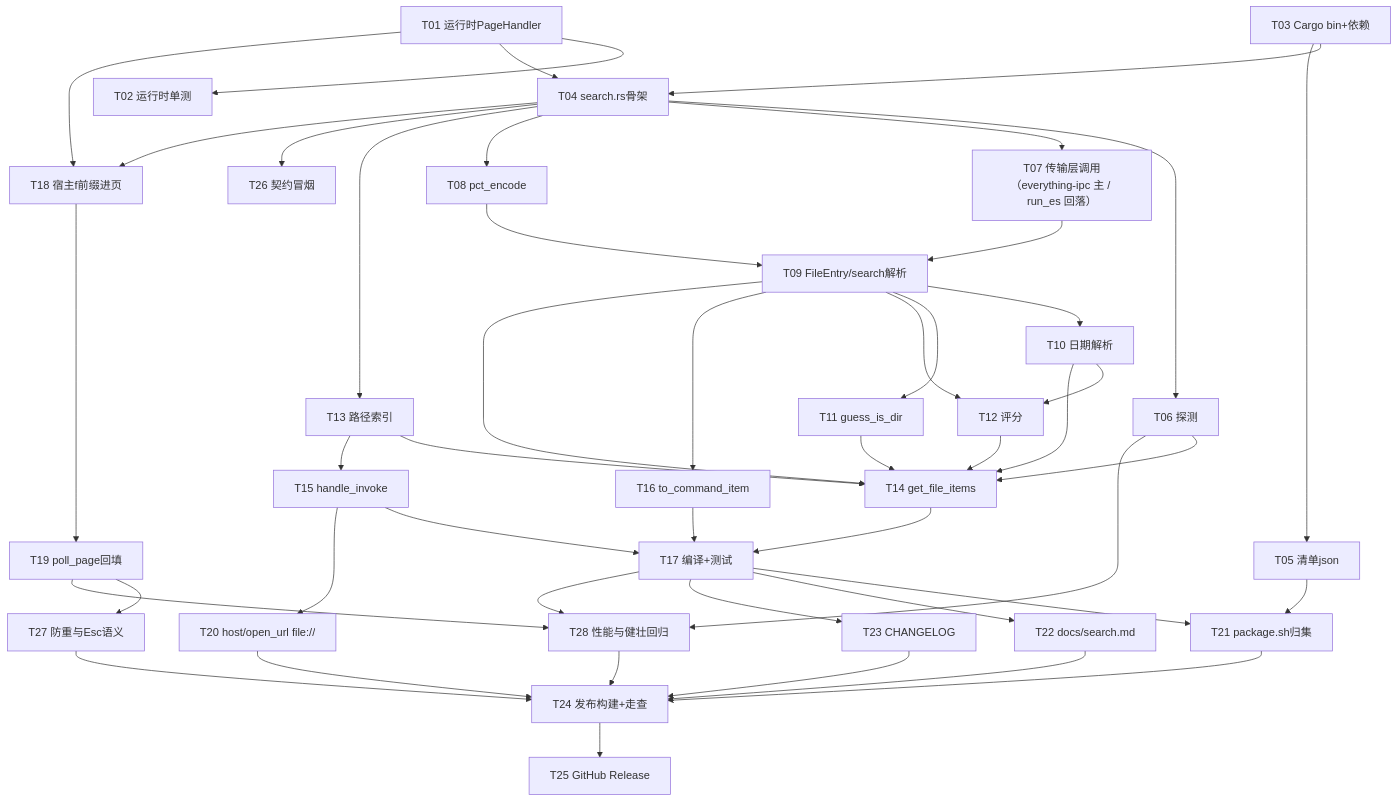
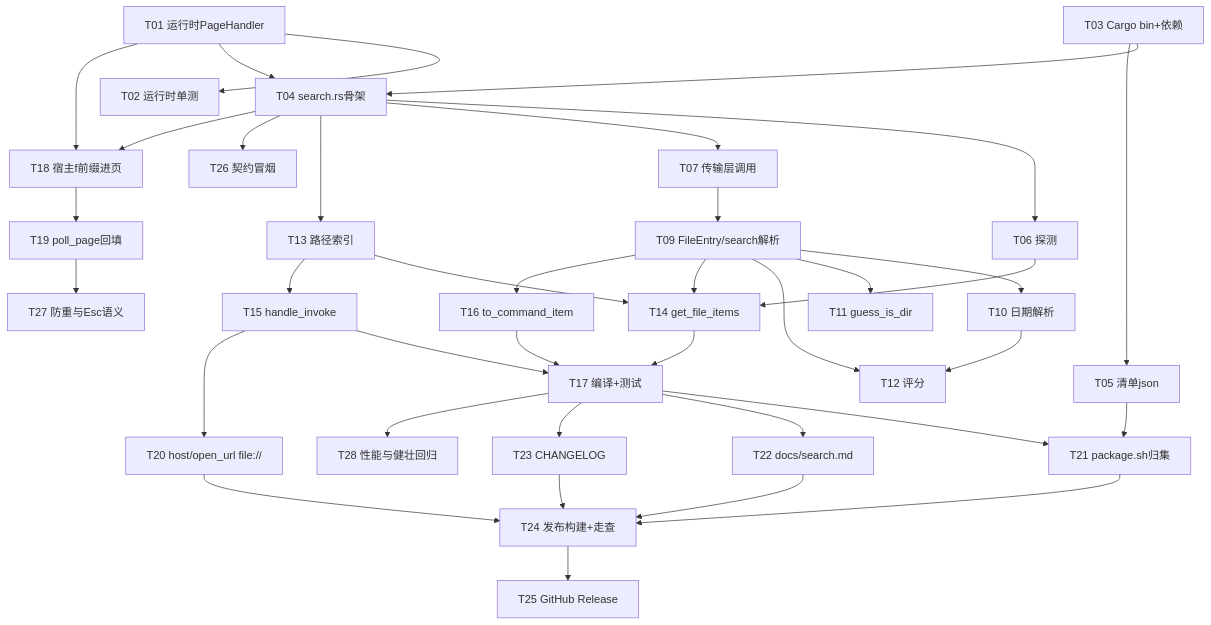
The third of 3 diagrams in docs/search-file.md (Yang-SH/dd-run), drawn with Mermaid before and after one commit. The commit also changed other lines of this file and 22 other files, not shown here.

````diff
--- a/docs/search-file.md
+++ b/docs/search-file.md
@@ -532,48 +451,39 @@
 ```mermaid
 graph TD
     T01[T01 运行时PageHandler] --> T02[T02 运行时单测]
     T01 --> T04[T04 search.rs骨架]
     T03[T03 Cargo bin+依赖] --> T04
     T03 --> T05[T05 清单json]
     T04 --> T06[T06 探测]
-    T04 --> T07[T07 传输层调用（everything-ipc 主 / run_es 回落）]
-    T04 --> T08[T08 pct_encode]
+    T04 --> T07[T07 传输层调用]
     T04 --> T13[T13 路径索引]
     T04 --> T26[T26 契约冒烟]
     T07 --> T09[T09 FileEntry/search解析]
-    T08 --> T09
     T09 --> T10[T10 日期解析]
     T09 --> T11[T11 guess_is_dir]
     T09 --> T12[T12 评分]
     T10 --> T12
+    T09 --> T14[T14 get_file_items]
+    T06 --> T14
     T09 --> T16[T16 to_command_item]
-    T06 --> T14[T14 get_file_items]
-    T09 --> T14
-    T10 --> T14
-    T11 --> T14
-    T12 --> T14
     T13 --> T14
     T13 --> T15[T15 handle_invoke]
     T14 --> T17[T17 编译+测试]
     T15 --> T17
     T16 --> T17
     T04 --> T18[T18 宿主f前缀进页]
     T01 --> T18
     T18 --> T19[T19 poll_page回填]
     T19 --> T27[T27 防重与Esc语义]
     T15 --> T20[T20 host/open_url file://]
     T17 --> T21[T21 package.sh归集]
     T05 --> T21
     T17 --> T22[T22 docs/search.md]
     T17 --> T23[T23 CHANGELOG]
     T21 --> T24[T24 发布构建+走查]
     T20 --> T24
     T22 --> T24
     T23 --> T24
     T17 --> T28[T28 性能与健壮回归]
-    T06 --> T28
-    T19 --> T28
-    T27 --> T24
-    T28 --> T24
     T24 --> T25[T25 GitHub Release]
 ```
````
